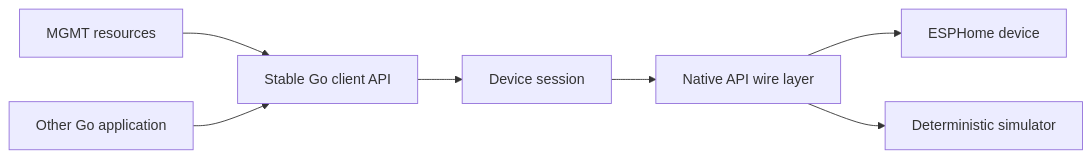
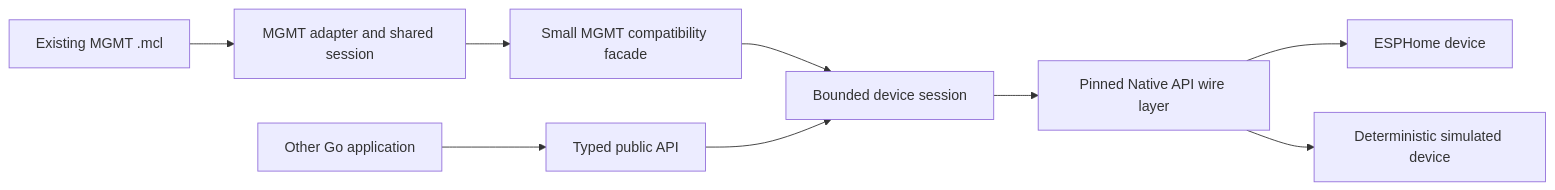
One commit to flavio-fernandes/go-aioesphomeapi changed the diagram in README.md. Above: the diagram before and after it, drawn with Mermaid. The commit also changed other lines of this file and 26 other files, not shown here.

Commit message:
docs: realign around MGMT compatibility

````diff
--- a/README.md
+++ b/README.md
@@ -32,9 +41,11 @@
 ```mermaid
 flowchart LR
-    MGMT["MGMT resources"] --> Client["Stable Go client API"]
-    App["Other Go application"] --> Client
-    Client --> Session["Device session"]
-    Session --> Wire["Native API wire layer"]
+    MCL["Existing MGMT .mcl"] --> Adapter["MGMT adapter and shared session"]
+    Adapter --> Compat["Small MGMT compatibility facade"]
+    App["Other Go application"] --> Public["Typed public API"]
+    Compat --> Session["Bounded device session"]
+    Public --> Session
+    Session --> Wire["Pinned Native API wire layer"]
     Wire --> Device["ESPHome device"]
-    Wire --> Sim["Deterministic simulator"]
+    Wire --> Sim["Deterministic simulated device"]
 ```
````
